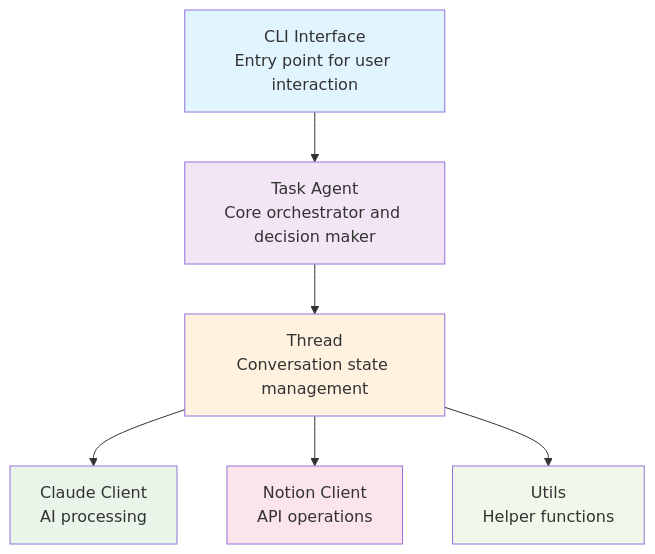
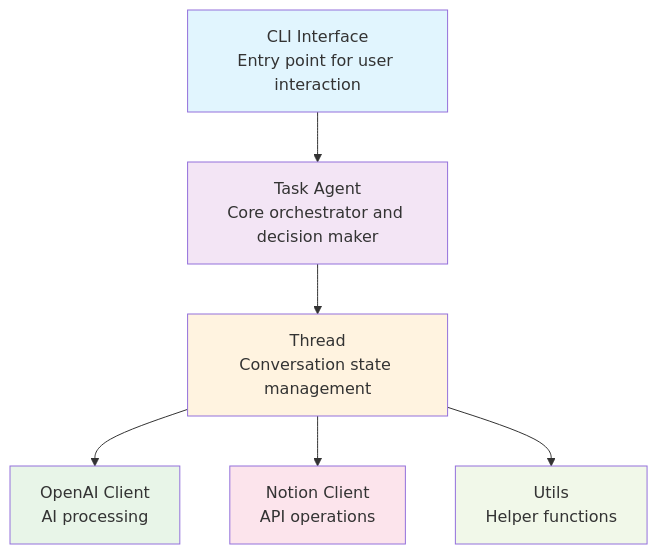
Before and after one commit to shomrkm/shochan_ai: the first of 3 diagrams in docs/ARCHITECTURE.md, drawn with Mermaid. The commit also changed other lines of this file, not shown here.

First line of the commit message:
docs: update ARCHITECTURE.md to reflect OpenAI migration

````diff
--- a/docs/ARCHITECTURE.md
+++ b/docs/ARCHITECTURE.md
@@ -9,15 +9,15 @@
 ```mermaid
 graph TD
     CLI[CLI Interface<br/>Entry point for user interaction] --> Agent[Task Agent<br/>Core orchestrator and decision maker]
     Agent --> Thread[Thread<br/>Conversation state management]
-    Thread --> Claude[Claude Client<br/>AI processing]
+    Thread --> OpenAI[OpenAI Client<br/>AI processing]
     Thread --> Notion[Notion Client<br/>API operations]
     Thread --> Utils[Utils<br/>Helper functions]
-    
+
     style CLI fill:#e1f5fe
     style Agent fill:#f3e5f5
     style Thread fill:#fff3e0
-    style Claude fill:#e8f5e8
+    style OpenAI fill:#e8f5e8
     style Notion fill:#fce4ec
     style Utils fill:#f1f8e9
 ```
````
